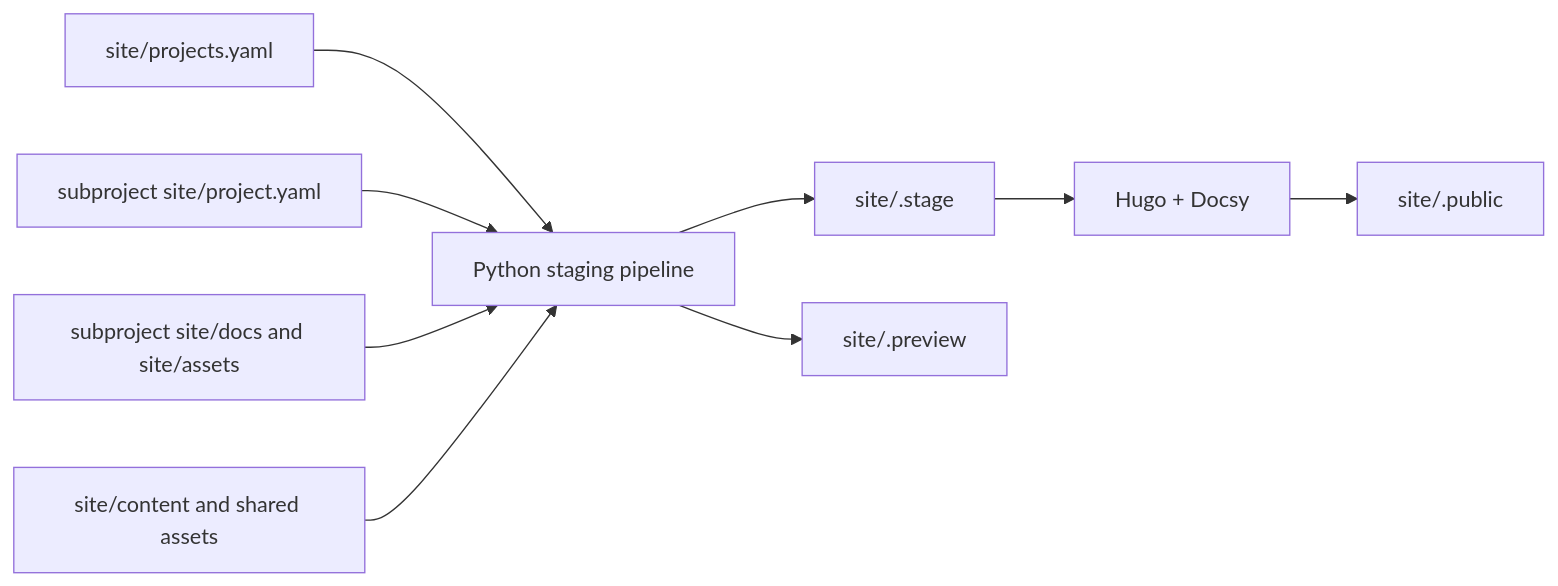
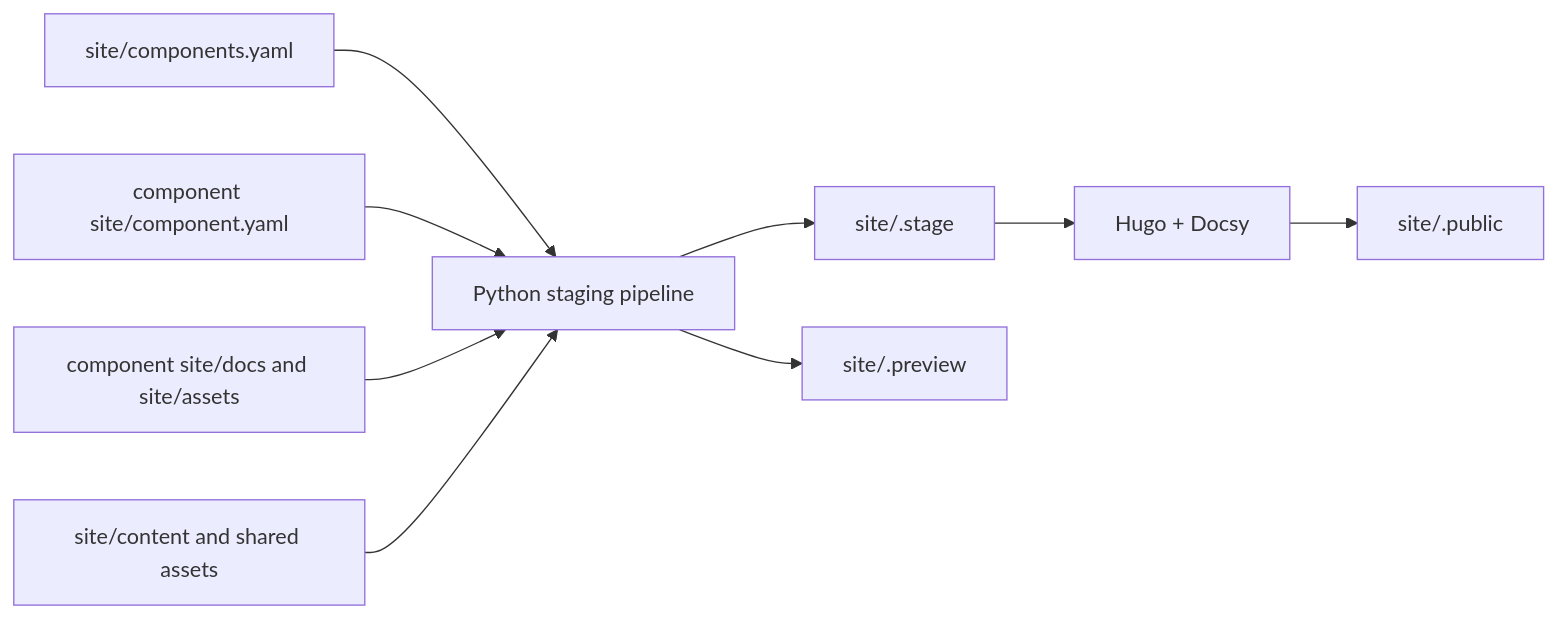
Before and after one commit to buildish-tooling/buildish: the first of 2 diagrams in site/site/docs/site-pipeline.md, drawn with Mermaid. The commit also changed other lines of this file and 35 other files, not shown here.

````diff
--- a/site/site/docs/site-pipeline.md
+++ b/site/site/docs/site-pipeline.md
@@ -47,11 +47,11 @@
 ```mermaid
 flowchart LR
-    A[site/projects.yaml] --> P[Python staging pipeline]
-    B[subproject site/project.yaml] --> P
-    C[subproject site/docs and site/assets] --> P
+    A[site/components.yaml] --> P[Python staging pipeline]
+    B[component site/component.yaml] --> P
+    C[component site/docs and site/assets] --> P
     D[site/content and shared assets] --> P
     P --> S[site/.stage]
     P --> V[site/.preview]
     S --> H[Hugo + Docsy]
     H --> U[site/.public]
 ```
````
